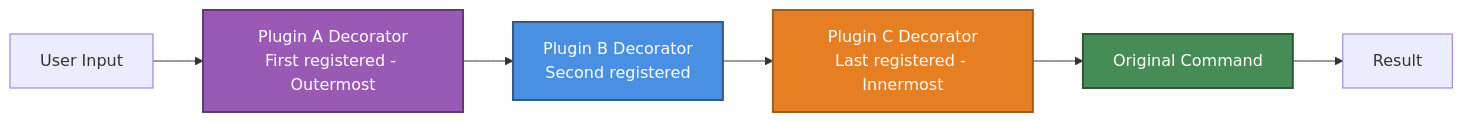
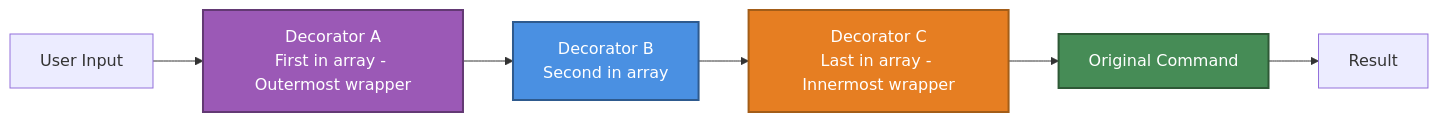
The third of 3 diagrams in packages/docs/src/guide/plugin/decorators.md (kazupon/gunshi), drawn with Mermaid before and after one commit. The commit also changed other lines of this file, not shown here.

Commit message:
docs: fix decorator docs

````diff
--- a/packages/docs/src/guide/plugin/decorators.md
+++ b/packages/docs/src/guide/plugin/decorators.md
@@ -367,13 +387,13 @@
 ```mermaid
 graph LR
-    A[User Input] --> B[Plugin A Decorator<br/>First registered - Outermost]
-    B --> C[Plugin B Decorator<br/>Second registered]
-    C --> D[Plugin C Decorator<br/>Last registered - Innermost]
+    A[User Input] --> B[Decorator A<br/>First in array - Outermost wrapper]
+    B --> C[Decorator B<br/>Second in array]
+    C --> D[Decorator C<br/>Last in array - Innermost wrapper]
     D --> E[Original Command]
     E --> F[Result]
 
     style B fill:#9B59B6,stroke:#633974,stroke-width:2px,color:#fff
     style C fill:#4A90E2,stroke:#2E5A8E,stroke-width:2px,color:#fff
     style D fill:#E67E22,stroke:#A35D18,stroke-width:2px,color:#fff
     style E fill:#468c56,stroke:#2e5936,stroke-width:2px,color:#fff
 ```
````
